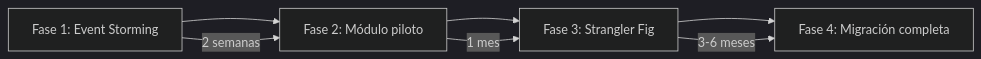
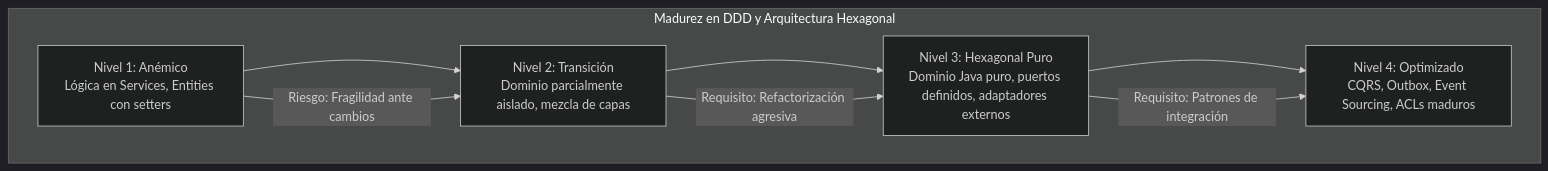
The fourth of 4 diagrams in 02_Arquitectura/ddd_y_arquitectura_hexagonal_con_java_21_STAFF.md (Joaquinriosheredia/DAM-Java-Mastery), drawn with Mermaid (dark theme) before and after one commit. The commit also changed other lines of this file, not shown here.

Commit message:
ddd_y_arquitectura_hexagonal_con_java_21_STAFF.md

````diff
--- a/02_Arquitectura/ddd_y_arquitectura_hexagonal_con_java_21_STAFF.md
+++ b/02_Arquitectura/ddd_y_arquitectura_hexagonal_con_java_21_STAFF.md
@@ -744,9 +670,13 @@
 ```mermaid
-graph LR
-    A[Fase 1: Event Storming] --> B[Fase 2: Módulo piloto]
-    B --> C[Fase 3: Strangler Fig]
-    C --> D[Fase 4: Migración completa]
-    A -->|2 semanas| B
-    B -->|1 mes| C
-    C -->|3-6 meses| D
+graph TD
+    subgraph "Madurez en DDD y Arquitectura Hexagonal"
+        L1[Nivel 1: Anémico<br>Lógica en Services, Entities con setters] --> L2
+        L2[Nivel 2: Transición<br>Dominio parcialmente aislado, mezcla de capas] --> L3
+        L3[Nivel 3: Hexagonal Puro<br>Dominio Java puro, puertos definidos, adaptadores externos] --> L4
+        L4[Nivel 4: Optimizado<br>CQRS, Outbox, Event Sourcing, ACLs maduros]
+    end
+    
+    L1 -->|Riesgo: Fragilidad ante cambios| L2
+    L2 -->|Requisito: Refactorización agresiva| L3
+    L3 -->|Requisito: Patrones de integración| L4
 ```
````
